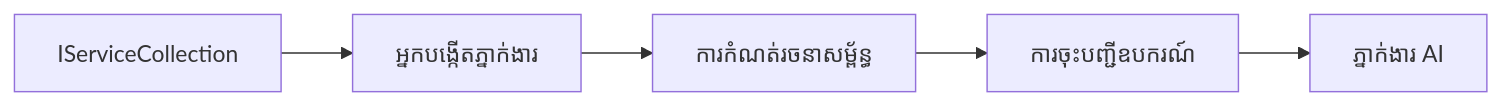
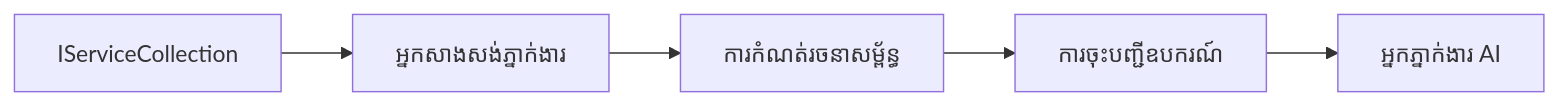
One commit to venturemavenwill/azureaifundamentals changed the diagram in translations/km/03-agentic-design-patterns/code_samples/03-dotnet-agent-framework.md. Above: the diagram before and after it, drawn with Mermaid. The commit also changed other lines of this file and 2002 other files, not shown here.

````diff
--- a/translations/km/03-agentic-design-patterns/code_samples/03-dotnet-agent-framework.md
+++ b/translations/km/03-agentic-design-patterns/code_samples/03-dotnet-agent-framework.md
@@ -41,7 +41,7 @@
 ```mermaid
 graph LR
-    A[IServiceCollection] --> B[អ្នកបង្កើតភ្នាក់ងារ]
+    A[IServiceCollection] --> B[អ្នកសាងសង់ភ្នាក់ងារ]
     B --> C[ការកំណត់រចនាសម្ព័ន្ធ]
     C --> D[ការចុះបញ្ជីឧបករណ៍]
-    D --> E[ភ្នាក់ងារ AI]
+    D --> E[អ្នកភ្នាក់ងារ AI]
 ```
````
